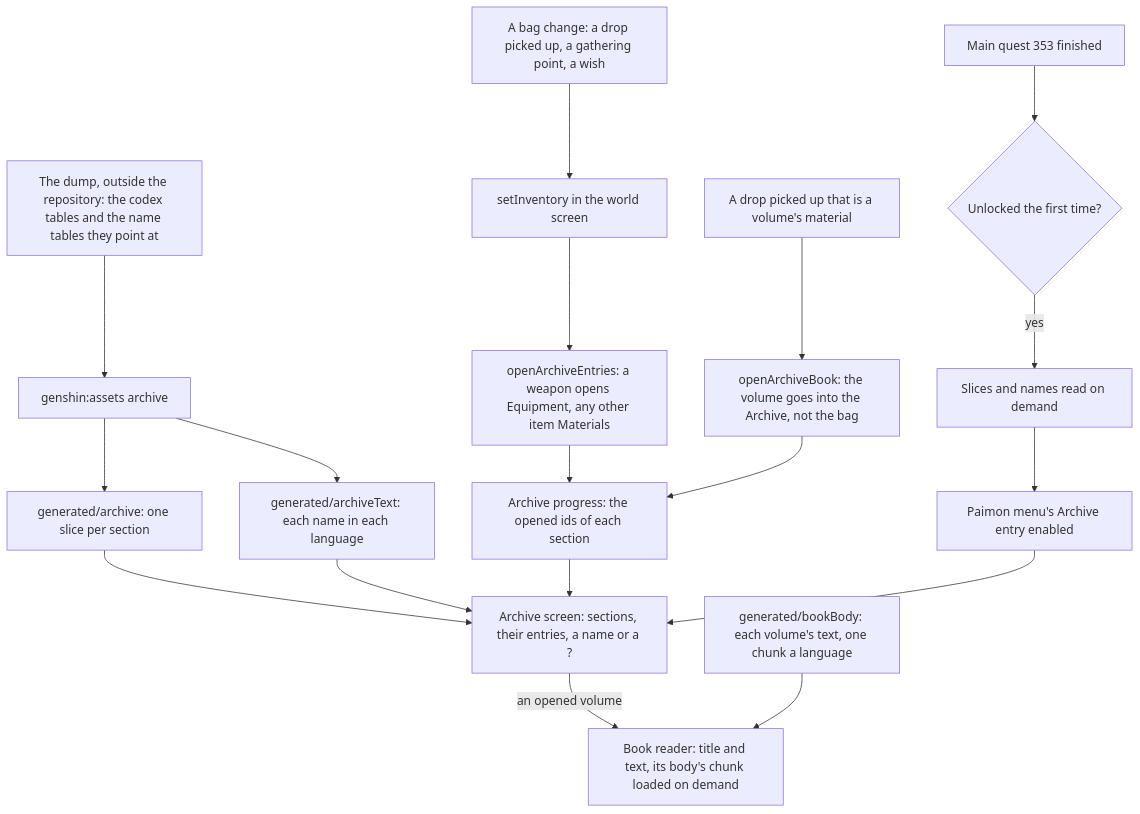
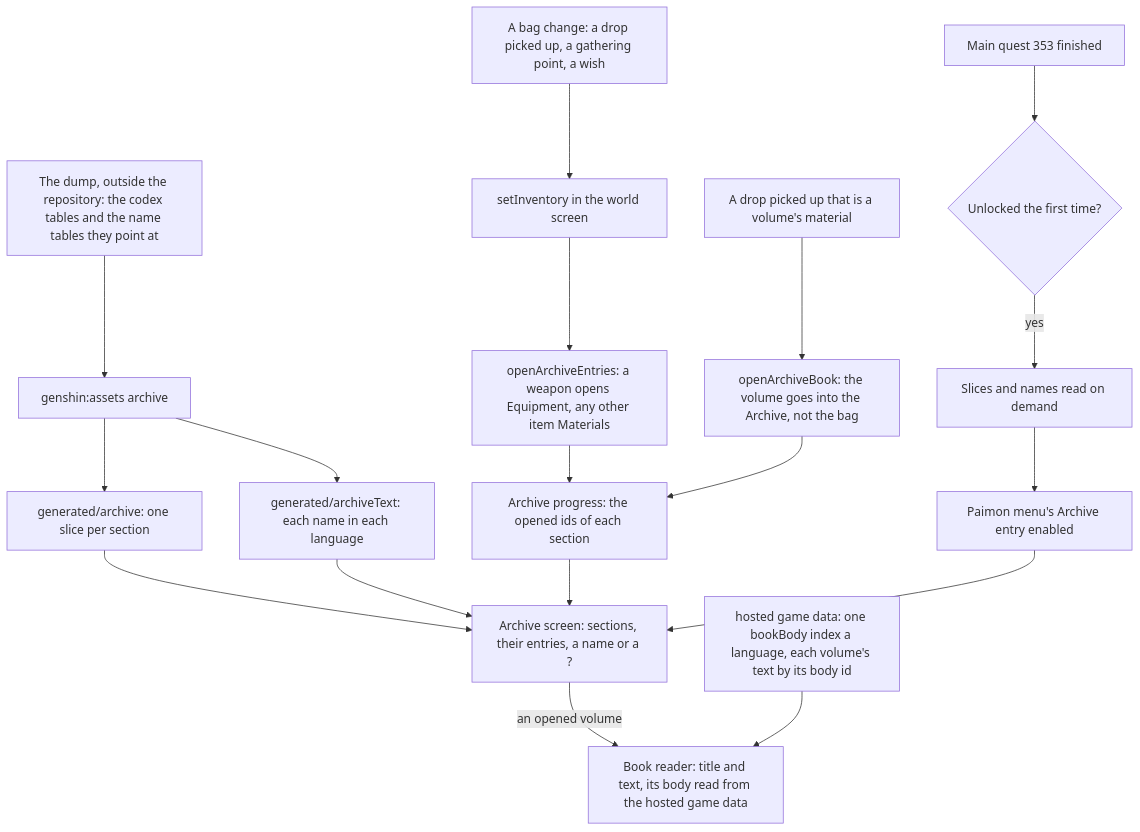
One commit to Esposter/Esposter changed the diagram in apps/web/content/docs/genshin/archive.md. Above: the diagram before and after it, drawn with Mermaid. The commit also changed other lines of this file and 38 other files, not shown here.

First line of the commit message:
feat(genshin): the Profile tab and the book reader read their records from the hosted game data, not the bundle

````diff
--- a/apps/web/content/docs/genshin/archive.md
+++ b/apps/web/content/docs/genshin/archive.md
@@ -12,20 +12,20 @@
 ```mermaid
 flowchart TD
   DUMP["The dump, outside the repository: the codex tables and the name tables they point at"] --> WRITE["genshin:assets archive"]
   WRITE --> SLICES["generated/archive: one slice per section"]
   WRITE --> WORDS["generated/archiveText: each name in each language"]
   BAG["A bag change: a drop picked up, a gathering point, a wish"] --> SET["setInventory in the world screen"]
   SET --> OPEN["openArchiveEntries: a weapon opens Equipment, any other item Materials"]
   PICK["A drop picked up that is a volume's material"] --> BOOK["openArchiveBook: the volume goes into the Archive, not the bag"]
   OPEN --> PROGRESS["Archive progress: the opened ids of each section"]
   BOOK --> PROGRESS
   SLICES --> SCREEN["Archive screen: sections, their entries, a name or a ?"]
   WORDS --> SCREEN
   PROGRESS --> SCREEN
-  SCREEN -->|"an opened volume"| READER["Book reader: title and text, its body's chunk loaded on demand"]
-  BODIES["generated/bookBody: each volume's text, one chunk a language"] --> READER
+  SCREEN -->|"an opened volume"| READER["Book reader: title and text, its body read from the hosted game data"]
+  BODIES["hosted game data: one bookBody index a language, each volume's text by its body id"] --> READER
   DONE["Main quest 353 finished"] --> UNLOCK{"Unlocked the first time?"}
   UNLOCK -->|"yes"| LOAD["Slices and names read on demand"]
   LOAD --> MENU["Paimon menu's Archive entry enabled"]
   MENU --> SCREEN
 ```
````
